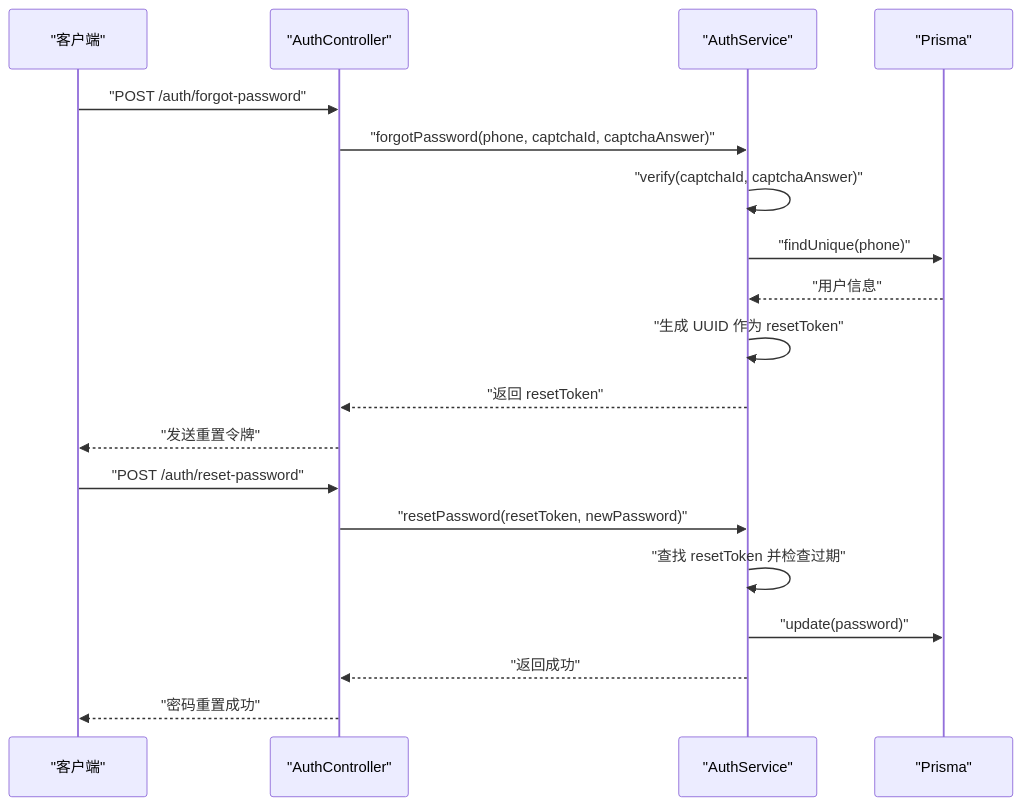
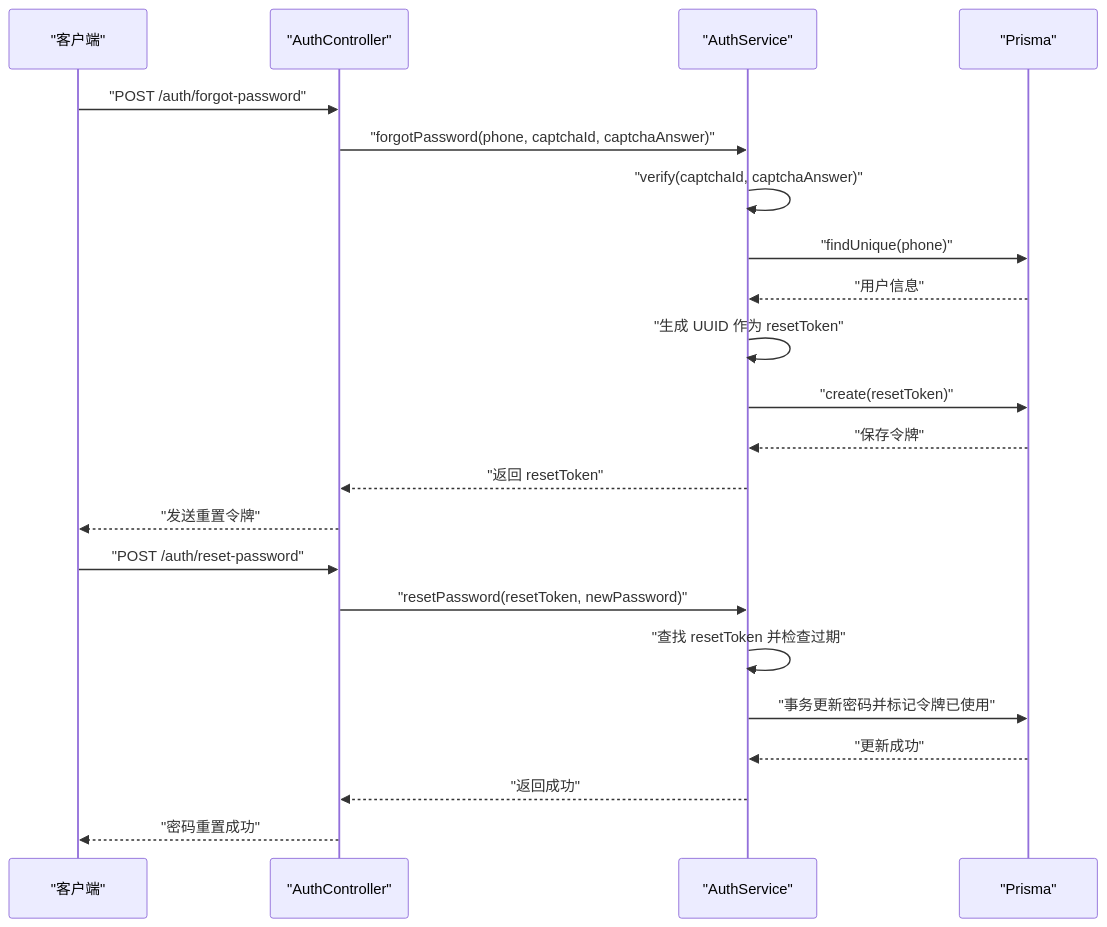
Before and after one commit to lsqwawa/free-dress: the seventh of 12 diagrams in .qoder/repowiki/zh/content/后端开发指南/核心模块详解/认证模块.md, drawn with Mermaid. The commit also changed other lines of this file and 62 other files, not shown here.

````diff
--- a/.qoder/repowiki/zh/content/后端开发指南/核心模块详解/认证模块.md
+++ b/.qoder/repowiki/zh/content/后端开发指南/核心模块详解/认证模块.md
@@ -297,21 +326,24 @@
 ```mermaid
 sequenceDiagram
 participant C as "客户端"
 participant API as "AuthController"
 participant S as "AuthService"
 participant DB as "Prisma"
 C->>API : "POST /auth/forgot-password"
 API->>S : "forgotPassword(phone, captchaId, captchaAnswer)"
 S->>S : "verify(captchaId, captchaAnswer)"
 S->>DB : "findUnique(phone)"
 DB-->>S : "用户信息"
 S->>S : "生成 UUID 作为 resetToken"
+S->>DB : "create(resetToken)"
+DB-->>S : "保存令牌"
 S-->>API : "返回 resetToken"
 API-->>C : "发送重置令牌"
 C->>API : "POST /auth/reset-password"
 API->>S : "resetPassword(resetToken, newPassword)"
 S->>S : "查找 resetToken 并检查过期"
-S->>DB : "update(password)"
+S->>DB : "事务更新密码并标记令牌已使用"
+DB-->>S : "更新成功"
 S-->>API : "返回成功"
 API-->>C : "密码重置成功"
 ```
````
